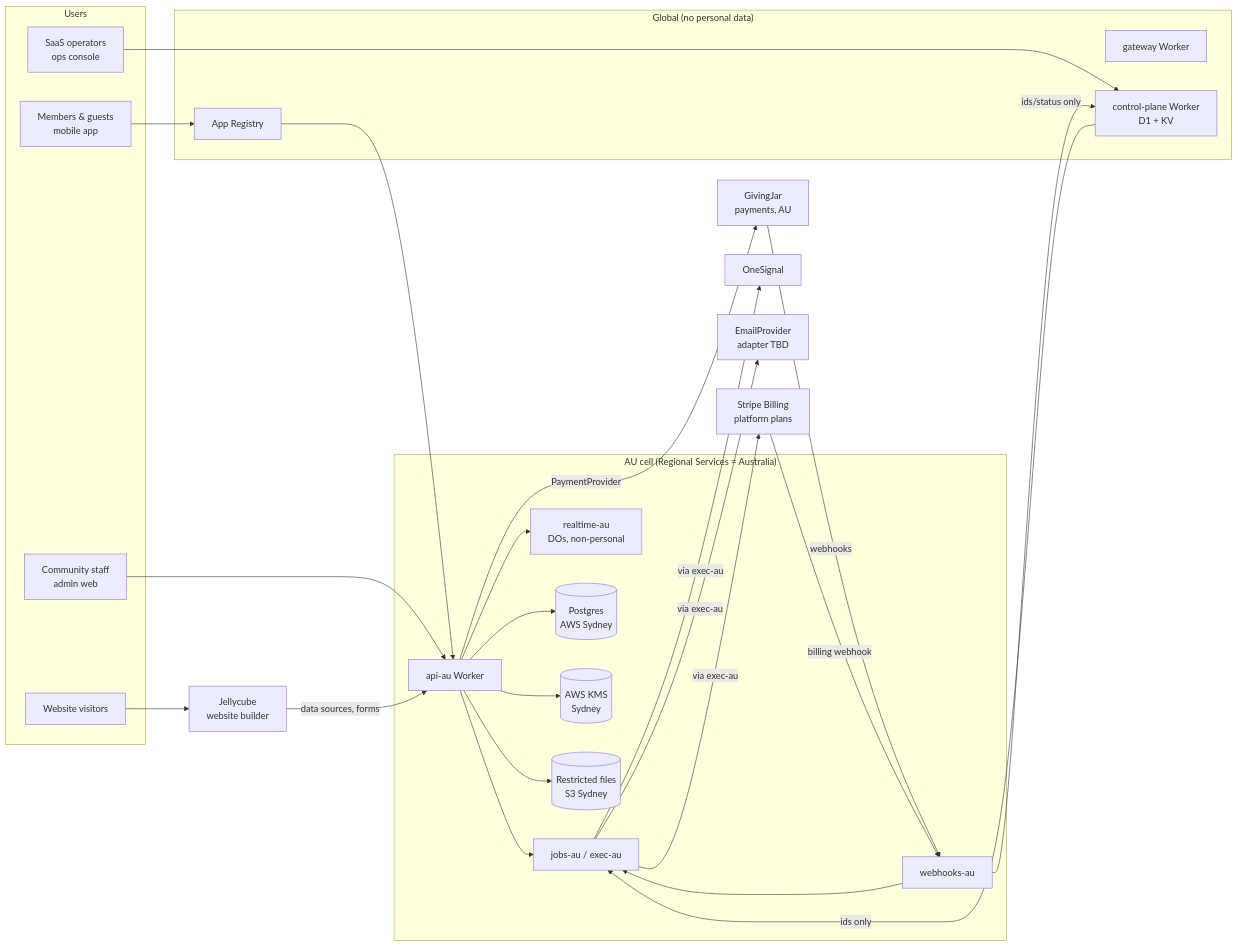
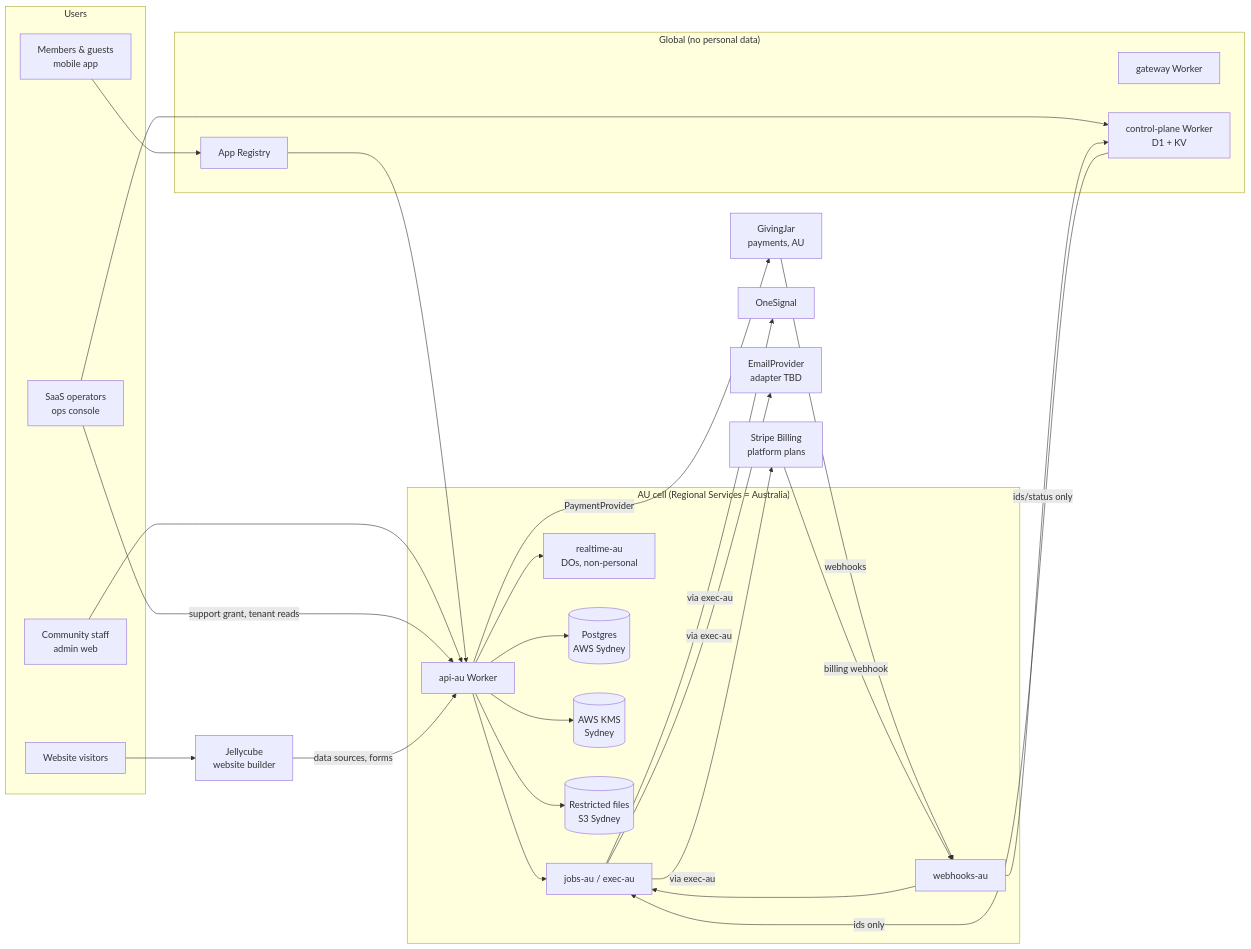
One commit to taftechnology/community-hub-core changed the first of 2 diagrams in architecture.md. Above: the diagram before and after it, drawn with Mermaid. The commit also changed other lines of this file, not shown here.

First line of the commit message:
docs (architecture): proxy ops tenant reads through api-au

````diff
--- a/architecture.md
+++ b/architecture.md
@@ -132,50 +132,51 @@
 ```mermaid
 flowchart LR
   subgraph Users
     M[Members & guests<br/>mobile app]
     A[Community staff<br/>admin web]
     V[Website visitors]
     S[SaaS operators<br/>ops console]
   end
 
   subgraph Global["Global (no personal data)"]
     GW[gateway Worker]
     CP[control-plane Worker<br/>D1 + KV]
     AR[App Registry]
   end
 
   subgraph AU["AU cell (Regional Services = Australia)"]
     API[api-au Worker]
     JOBS[jobs-au / exec-au]
     WH[webhooks-au]
     RT[realtime-au<br/>DOs, non-personal]
     PG[(Postgres<br/>AWS Sydney)]
     KMS[(AWS KMS<br/>Sydney)]
     S3[(Restricted files<br/>S3 Sydney)]
   end
 
   JC[Jellycube<br/>website builder]
   GJ[GivingJar<br/>payments, AU]
   STRIPE[Stripe Billing<br/>platform plans]
   PUSH[OneSignal]
   EMAIL[EmailProvider<br/>adapter TBD]
 
   M --> AR --> API
   A --> API
   S --> CP
+  S -->|support grant, tenant reads| API
   V --> JC -->|data sources, forms| API
   API --> PG
   API --> KMS
   API --> S3
   API --> RT
   API --> JOBS
   API -->|PaymentProvider| GJ
   GJ -->|webhooks| WH
   STRIPE -->|billing webhook| WH
   WH --> JOBS
   WH -->|ids/status only| CP
   CP -->|ids only| JOBS
   JOBS -->|via exec-au| STRIPE
   JOBS -->|via exec-au| PUSH
   JOBS -->|via exec-au| EMAIL
 ```
````
